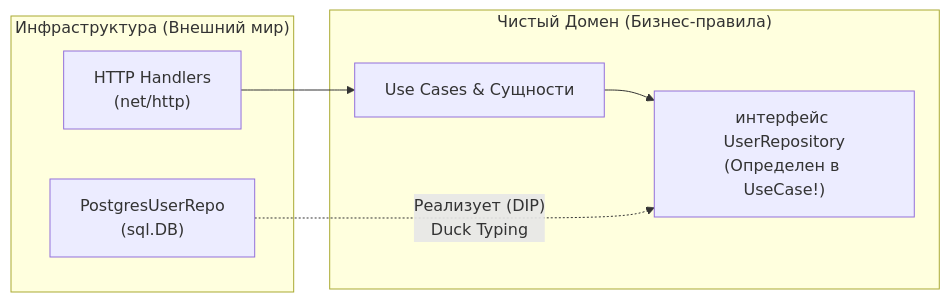
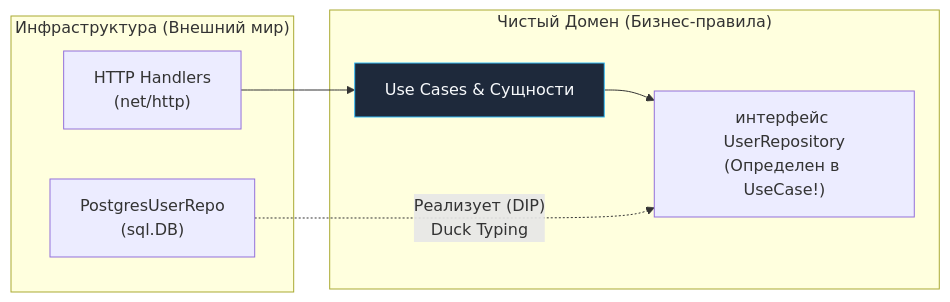
Before and after one commit to UnrealTemplier/go-textbook: the second of 3 diagrams in sources/11. Архитектура и System Design/2. Что такое архитектура. Уровни абстракции и границы системы.md, drawn with Mermaid. The commit also changed other lines of this file and 1666 other files, not shown here.

First line of the commit message:
feat(mermaid): add semantic color classDef to 1369 colorless flowchart/graph diagrams

````diff
--- a/sources/11. Архитектура и System Design/2. Что такое архитектура. Уровни абстракции и границы системы.md
+++ b/sources/11. Архитектура и System Design/2. Что такое архитектура. Уровни абстракции и границы системы.md
@@ -80,16 +90,26 @@
 ```mermaid
 flowchart LR
+    classDef process  fill:#1e293b,stroke:#38bdf8,stroke-width:1px,color:#f8fafc
+    classDef success  fill:#064e3b,stroke:#34d399,stroke-width:1px,color:#f8fafc
+    classDef error    fill:#7f1d1d,stroke:#f87171,stroke-width:1px,color:#f8fafc
+    classDef warning  fill:#78350f,stroke:#fbbf24,stroke-width:1px,color:#f8fafc
+    classDef entry    fill:#1e3a5f,stroke:#38bdf8,stroke-width:2px,color:#f8fafc
+    classDef aux      fill:#334155,stroke:#64748b,stroke-width:1px,color:#f8fafc
+    classDef system   fill:#312e81,stroke:#a78bfa,stroke-width:1px,color:#f8fafc
+    classDef data     fill:#132d29,stroke:#2dd4bf,stroke-width:1px,color:#f8fafc
+    classDef network  fill:#881337,stroke:#fb7185,stroke-width:1px,color:#f8fafc
+    classDef accent   fill:#1e1b4b,stroke:#818cf8,stroke-width:1px,color:#f8fafc
     subgraph Domain["Чистый Домен (Бизнес-правила)"]
-        UC["Use Cases & Сущности"]
+        UC["Use Cases & Сущности"]:::process
         RepoInt["интерфейс UserRepository\n(Определен в UseCase!)"]
     end
 
     subgraph Infra["Инфраструктура (Внешний мир)"]
         PG["PostgresUserRepo\n(sql.DB)"]
         HTTP["HTTP Handlers\n(net/http)"]
     end
 
     UC --> RepoInt
     PG -.->|"Реализует (DIP)\nDuck Typing"| RepoInt
     HTTP --> UC
 ```
````
